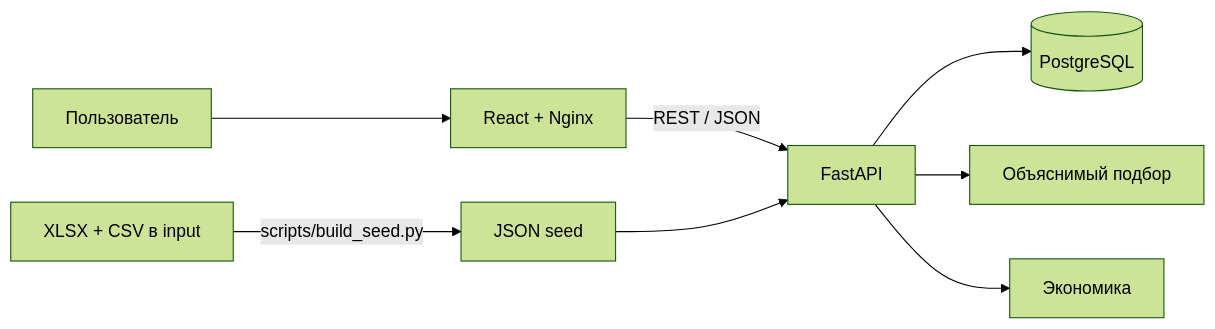
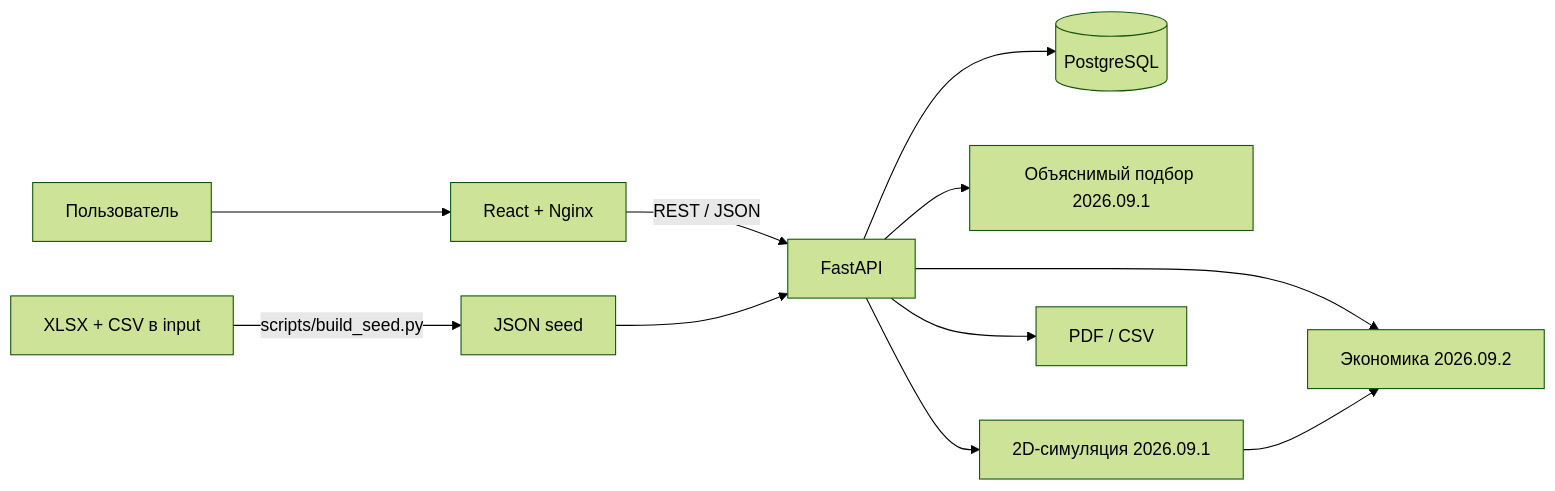
One commit to maggogerka/robo-i-ty changed the diagram in docs/architecture.md. Above: the diagram before and after it, drawn with Mermaid (forest theme). The commit also changed other lines of this file and 39 other files, not shown here.

````diff
--- a/docs/architecture.md
+++ b/docs/architecture.md
@@ -3,10 +3,13 @@
 ```mermaid
 flowchart LR
   U[Пользователь] --> N[React + Nginx]
   N -->|REST / JSON| A[FastAPI]
   A --> D[(PostgreSQL)]
-  A --> M[Объяснимый подбор]
-  A --> E[Экономика]
+  A --> M[Объяснимый подбор 2026.09.1]
+  A --> E[Экономика 2026.09.2]
+  A --> T[2D-симуляция 2026.09.1]
+  A --> R[PDF / CSV]
+  T --> E
   S[JSON seed] --> A
   X[XLSX + CSV в input] -->|scripts/build_seed.py| S
 ```
````
